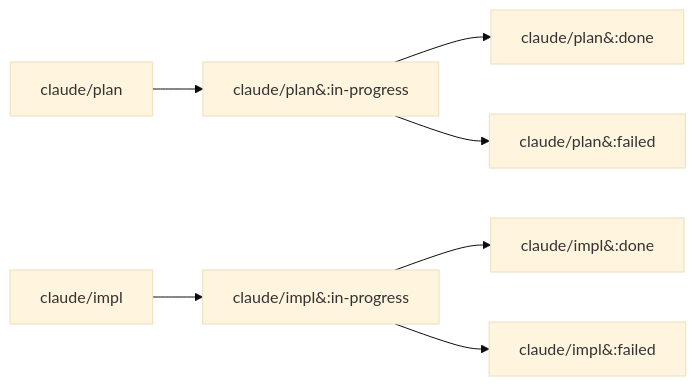
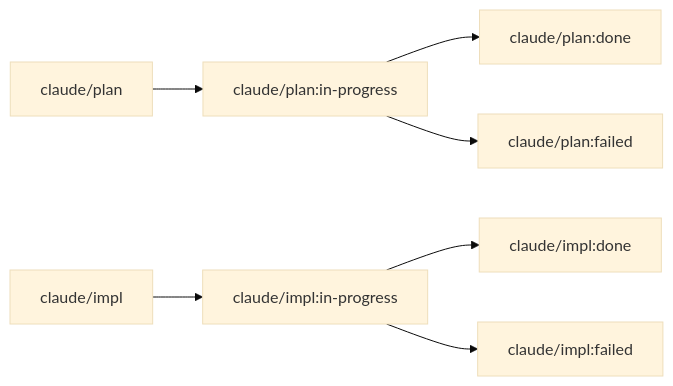
One commit to nonz250/sabori-flow changed the second of 2 diagrams in README.ja.md. Above: the diagram before and after it, drawn with Mermaid (base theme). The commit also changed other lines of this file and 1 other file, not shown here.

Commit message:
fix(readme): use mermaid native escaping for special characters
🤖 Generated with [Claude Code](https://claude.com/claude-code)

````diff
--- a/README.ja.md
+++ b/README.ja.md
@@ -153,10 +153,10 @@
 ```mermaid
 flowchart LR
-    A["claude/plan"] --> B["claude/plan&#58;in-progress"]
-    B --> C["claude/plan&#58;done"]
-    B --> D["claude/plan&#58;failed"]
+    A["claude/plan"] --> B["claude/plan#colon;in-progress"]
+    B --> C["claude/plan#colon;done"]
+    B --> D["claude/plan#colon;failed"]
 
-    E["claude/impl"] --> F["claude/impl&#58;in-progress"]
-    F --> G["claude/impl&#58;done"]
-    F --> H["claude/impl&#58;failed"]
+    E["claude/impl"] --> F["claude/impl#colon;in-progress"]
+    F --> G["claude/impl#colon;done"]
+    F --> H["claude/impl#colon;failed"]
 ```
````
